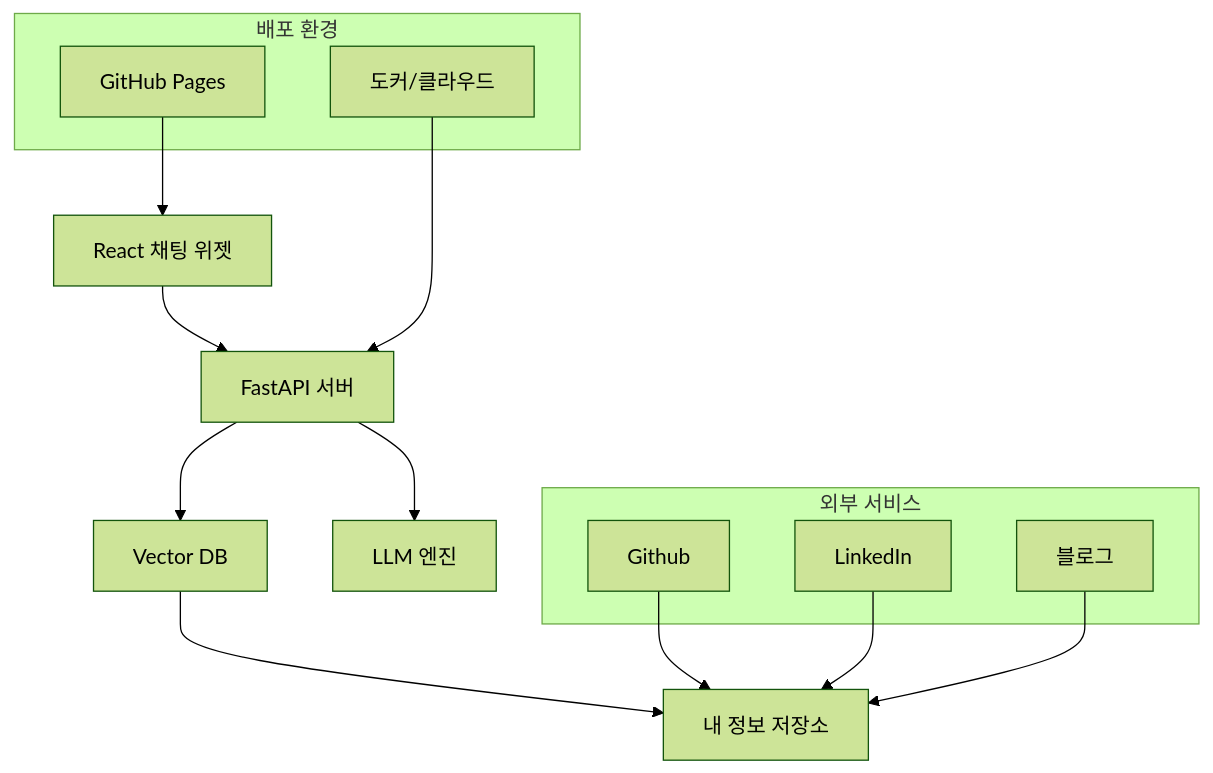
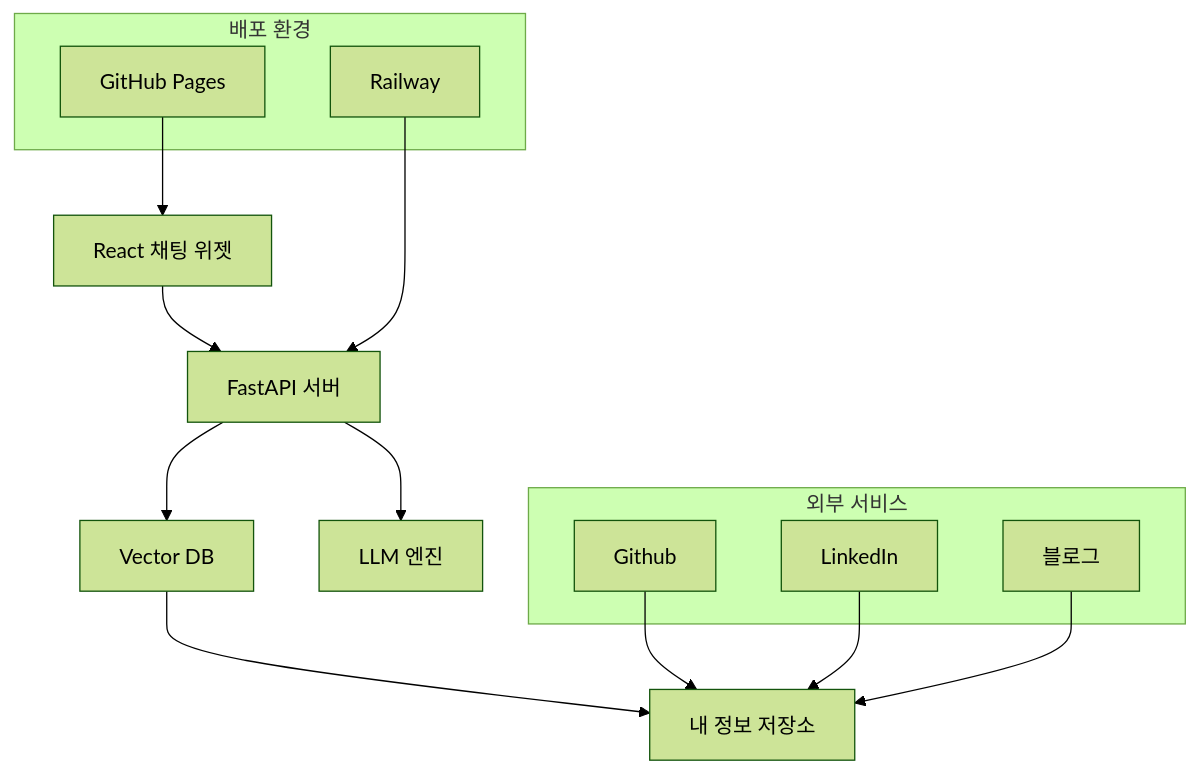
One commit to watanka/AbotMe changed the first of 5 diagrams in docs/design.md. Above: the diagram before and after it, drawn with Mermaid (forest theme). The commit also changed other lines of this file and 2 other files, not shown here.

````diff
--- a/docs/design.md
+++ b/docs/design.md
@@ -4,25 +4,25 @@
 ```mermaid
 graph TD
     A[React 채팅 위젯] --> B[FastAPI 서버]
     B --> C[LLM 엔진]
     B --> D[Vector DB]
     D --> E[내 정보 저장소]
     
     subgraph 외부 서비스
         F[Github]
         G[LinkedIn]
         H[블로그]
     end
     
     F --> E
     G --> E
     H --> E
     
     subgraph 배포 환경
         I[GitHub Pages]
-        J[도커/클라우드]
+        J[Railway]
     end
     
     I --> A
     J --> B
 ```
````
